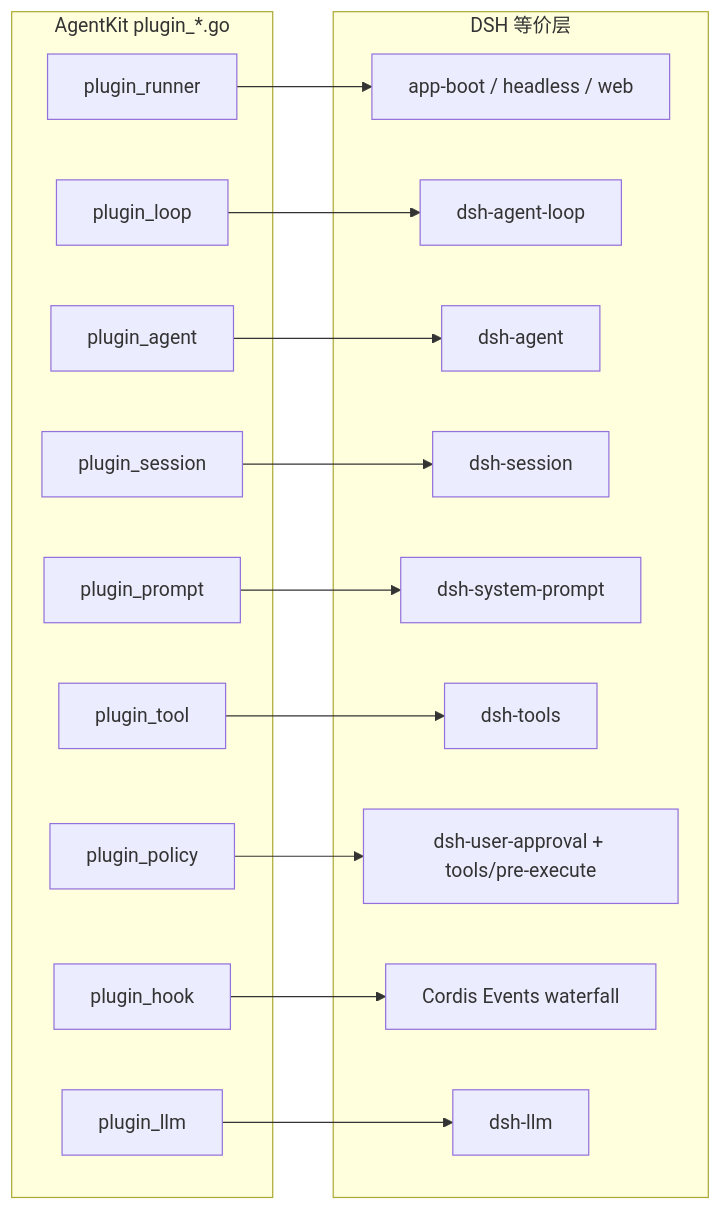
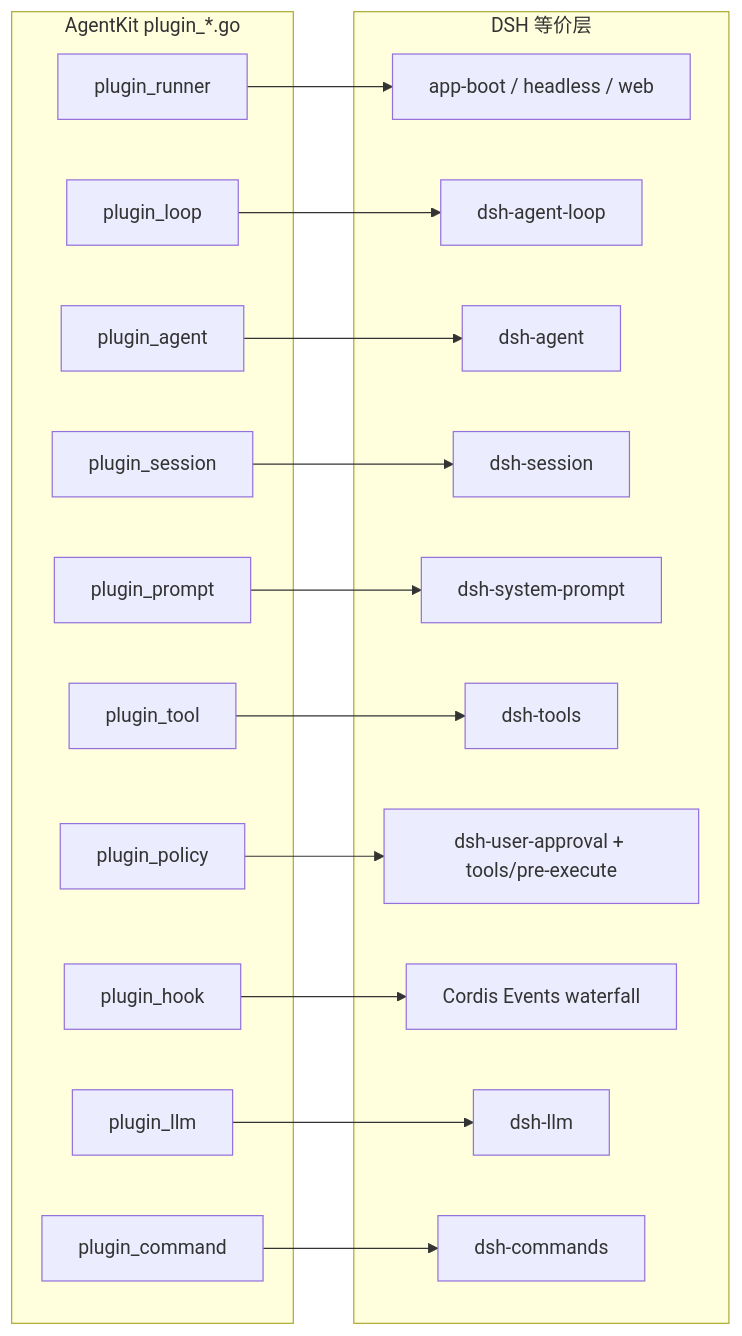
The diagram in docs/plugin-interface-comparison.zh.md (lengzhao/agentkit), drawn with Mermaid before and after one commit. The commit also changed other lines of this file and 41 other files, not shown here.

````diff
--- a/docs/plugin-interface-comparison.zh.md
+++ b/docs/plugin-interface-comparison.zh.md
@@ -20,36 +22,39 @@
 ```mermaid
 flowchart LR
   subgraph ak ["AgentKit plugin_*.go"]
     PR["plugin_runner"]
     PL["plugin_loop"]
     PA["plugin_agent"]
     PS["plugin_session"]
     PP["plugin_prompt"]
     PT["plugin_tool"]
     PO["plugin_policy"]
     PH["plugin_hook"]
     PLL["plugin_llm"]
+    PC["plugin_command"]
   end
 
   subgraph dsh ["DSH 等价层"]
     Boot["app-boot / headless / web"]
     AL["dsh-agent-loop"]
     AG["dsh-agent"]
     SE["dsh-session"]
     SP["dsh-system-prompt"]
     TO["dsh-tools"]
     AP["dsh-user-approval + tools/pre-execute"]
     EV["Cordis Events waterfall"]
     LM["dsh-llm"]
+    CM["dsh-commands"]
   end
 
   PR --> Boot
   PL --> AL
   PA --> AG
   PS --> SE
   PP --> SP
   PT --> TO
   PO --> AP
   PH --> EV
   PLL --> LM
+  PC --> CM
 ```
````
